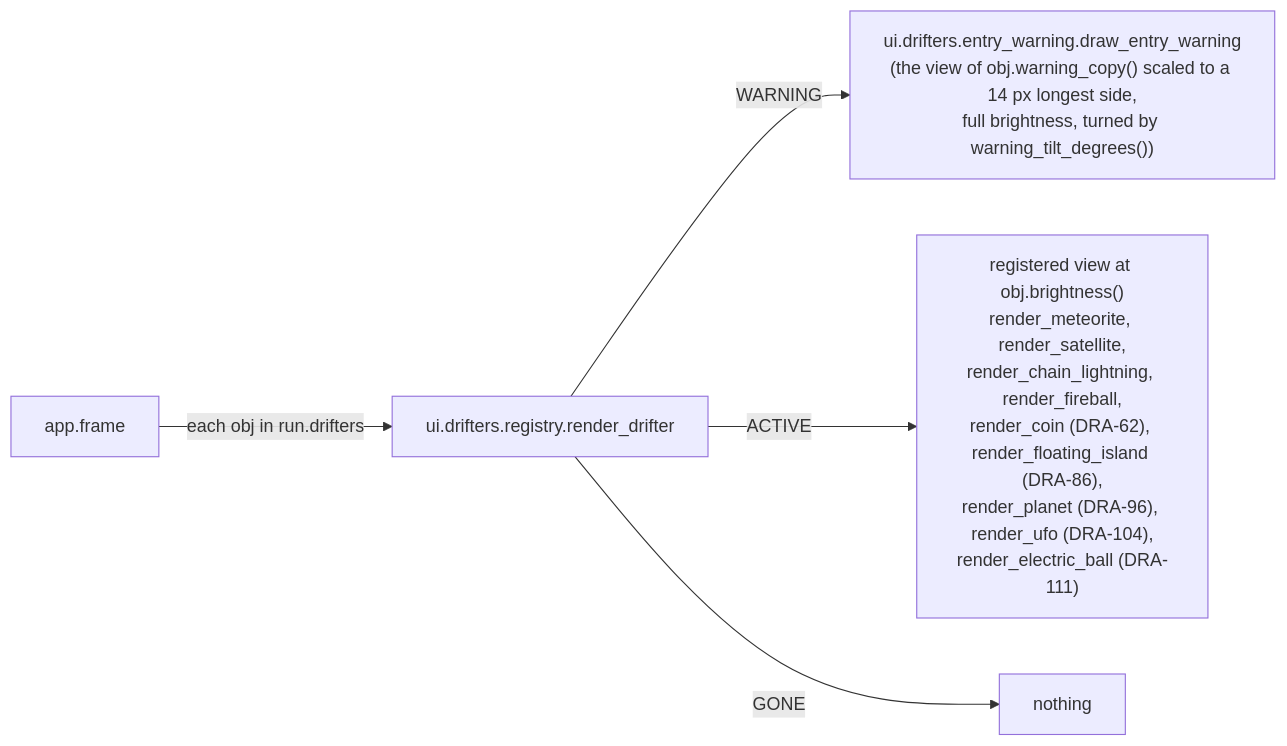
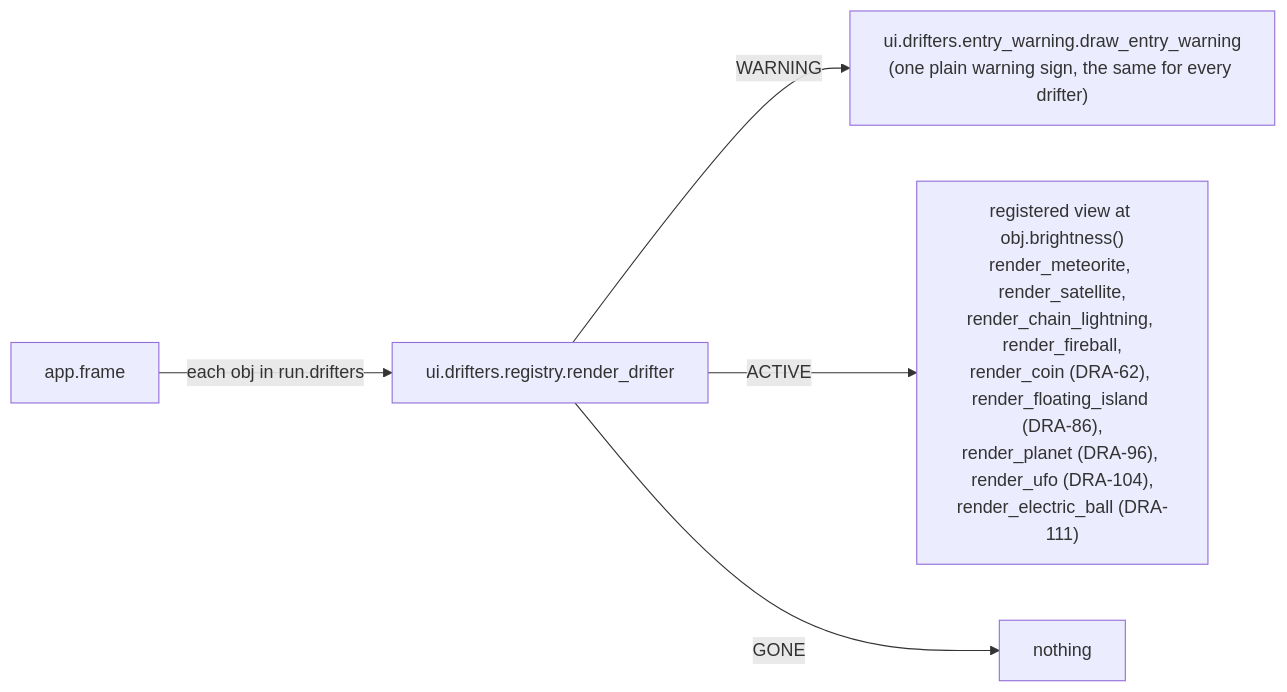
Before and after one commit to david-mntl/driftward-ace: the diagram in docs/contracts/systems/drifters/shared/views.md, drawn with Mermaid. The commit also changed other lines of this file and 9 other files, not shown here.

Commit message:
refactor(warning): changed the way the warning sign behave

````diff
--- a/docs/contracts/systems/drifters/shared/views.md
+++ b/docs/contracts/systems/drifters/shared/views.md
@@ -8,7 +8,7 @@
 ```mermaid
 flowchart LR
   APP["app.frame"] -- "each obj in run.drifters" --> R["ui.drifters.registry.render_drifter"]
-  R -- "WARNING" --> W["ui.drifters.entry_warning.draw_entry_warning<br/>(the view of obj.warning_copy() scaled to a 14 px longest side,<br/>full brightness, turned by warning_tilt_degrees())"]
+  R -- "WARNING" --> W["ui.drifters.entry_warning.draw_entry_warning<br/>(one plain warning sign, the same for every drifter)"]
   R -- "ACTIVE" --> V["registered view at obj.brightness()<br/>render_meteorite, render_satellite,<br/>render_chain_lightning, render_fireball,<br/>render_coin (DRA-62), render_floating_island (DRA-86),<br/>render_planet (DRA-96), render_ufo (DRA-104),<br/>render_electric_ball (DRA-111)"]
   R -- "GONE" --> N["nothing"]
 ```
````
